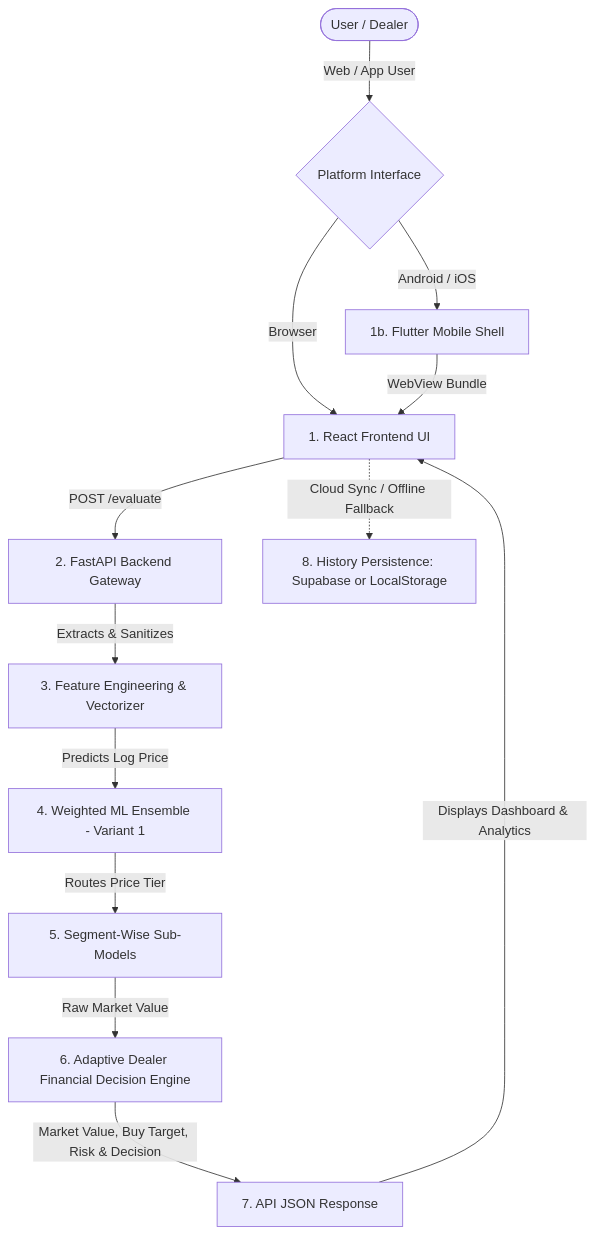
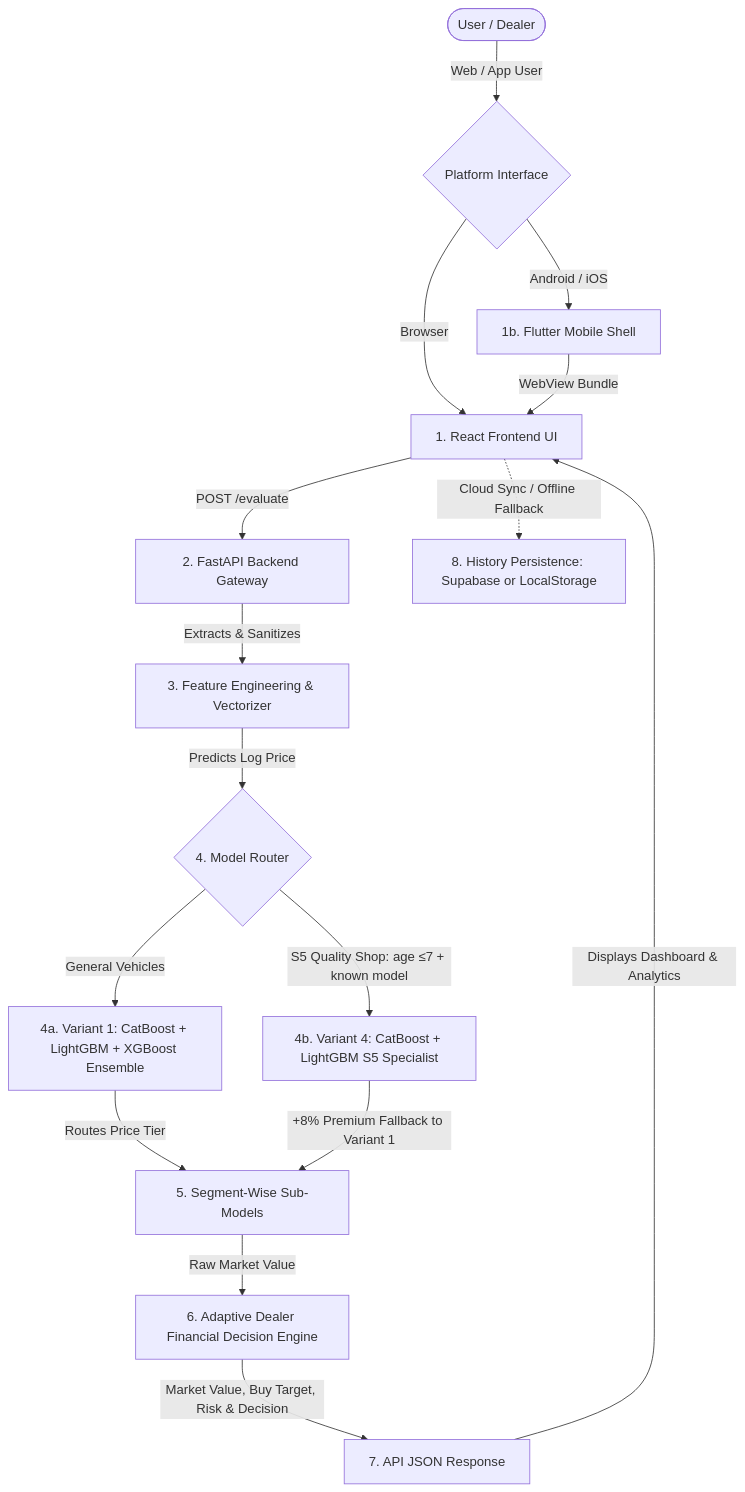
The first of 2 diagrams in README.md (Hars03082005/Autopricer), drawn with Mermaid before and after one commit. The commit also changed other lines of this file and 12 other files, not shown here.

First line of the commit message:
feat: add variant_4 S5 model, all 4 clean/train scripts, update README architecture

````diff
--- a/README.md
+++ b/README.md
@@ -13,15 +13,18 @@
 ```mermaid
 graph TD
     User([User / Dealer]) -->|Web / App User| UISelector{Platform Interface}
     UISelector -->|Browser| Frontend[1. React Frontend UI]
     UISelector -->|Android / iOS| MobileApp[1b. Flutter Mobile Shell]
     MobileApp -->|WebView Bundle| Frontend
     Frontend -->|POST /evaluate| FastAPI[2. FastAPI Backend Gateway]
     FastAPI -->|Extracts & Sanitizes| FE[3. Feature Engineering & Vectorizer]
-    FE -->|Predicts Log Price| Ensemble[4. Weighted ML Ensemble - Variant 1]
+    FE -->|Predicts Log Price| ModelRouter{4. Model Router}
+    ModelRouter -->|General Vehicles| Ensemble[4a. Variant 1: CatBoost + LightGBM + XGBoost Ensemble]
+    ModelRouter -->|S5 Quality Shop: age ≤7 + known model| S5Model[4b. Variant 4: CatBoost + LightGBM S5 Specialist]
     Ensemble -->|Routes Price Tier| SegRouting[5. Segment-Wise Sub-Models]
+    S5Model -->|+8% Premium Fallback to Variant 1| SegRouting
     SegRouting -->|Raw Market Value| Decision[6. Adaptive Dealer Financial Decision Engine]
     Decision -->|Market Value, Buy Target, Risk & Decision| APIResp[7. API JSON Response]
     APIResp -->|Displays Dashboard & Analytics| Frontend
     Frontend -.->|Cloud Sync / Offline Fallback| Sync[8. History Persistence: Supabase or LocalStorage]
 ```
````
